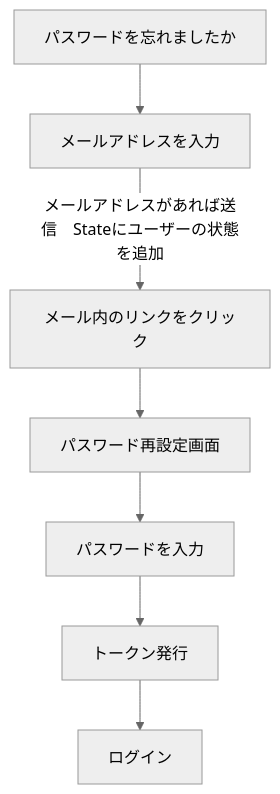
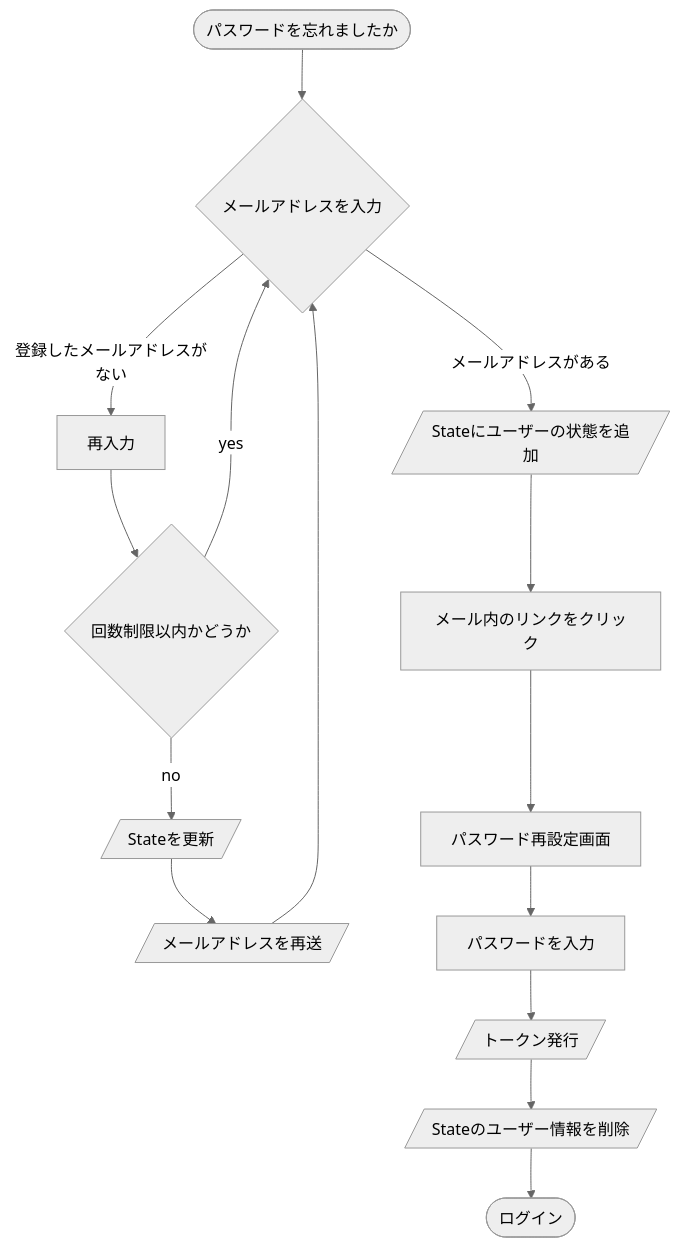
One commit to AkihitoNakano/web-portfolio changed the sixth of 8 diagrams in README.md. Above: the diagram before and after it, drawn with Mermaid (neutral theme). The commit also changed other lines of this file and 2 other files, not shown here.

````diff
--- a/README.md
+++ b/README.md
@@ -533,5 +538,8 @@
 ```mermaid
 flowchart TD
-パスワードを忘れましたか --> メールアドレスを入力 -->|メールアドレスがあれば送信　Stateにユーザーの状態を追加|メール内のリンクをクリック --> パスワード再設定画面 --> パスワードを入力 --> トークン発行 --> ログイン
+start([パスワードを忘れましたか]) --> checkMail{メールアドレスを入力}
+checkMail --> |登録したメールアドレスがない|再入力 --> limit{回数制限以内かどうか} --> |yes| checkMail
+limit --> |no|updateState[/Stateを更新/] -->resendMail[/メールアドレスを再送/] --> checkMail
+ -->|メールアドレスがある| addState[/Stateにユーザーの状態を追加/] --> メール内のリンクをクリック --> パスワード再設定画面 --> パスワードを入力 --> token[/トークン発行/] -->　delState[/Stateのユーザー情報を削除/] --> login([ログイン])
 
 ```
````
